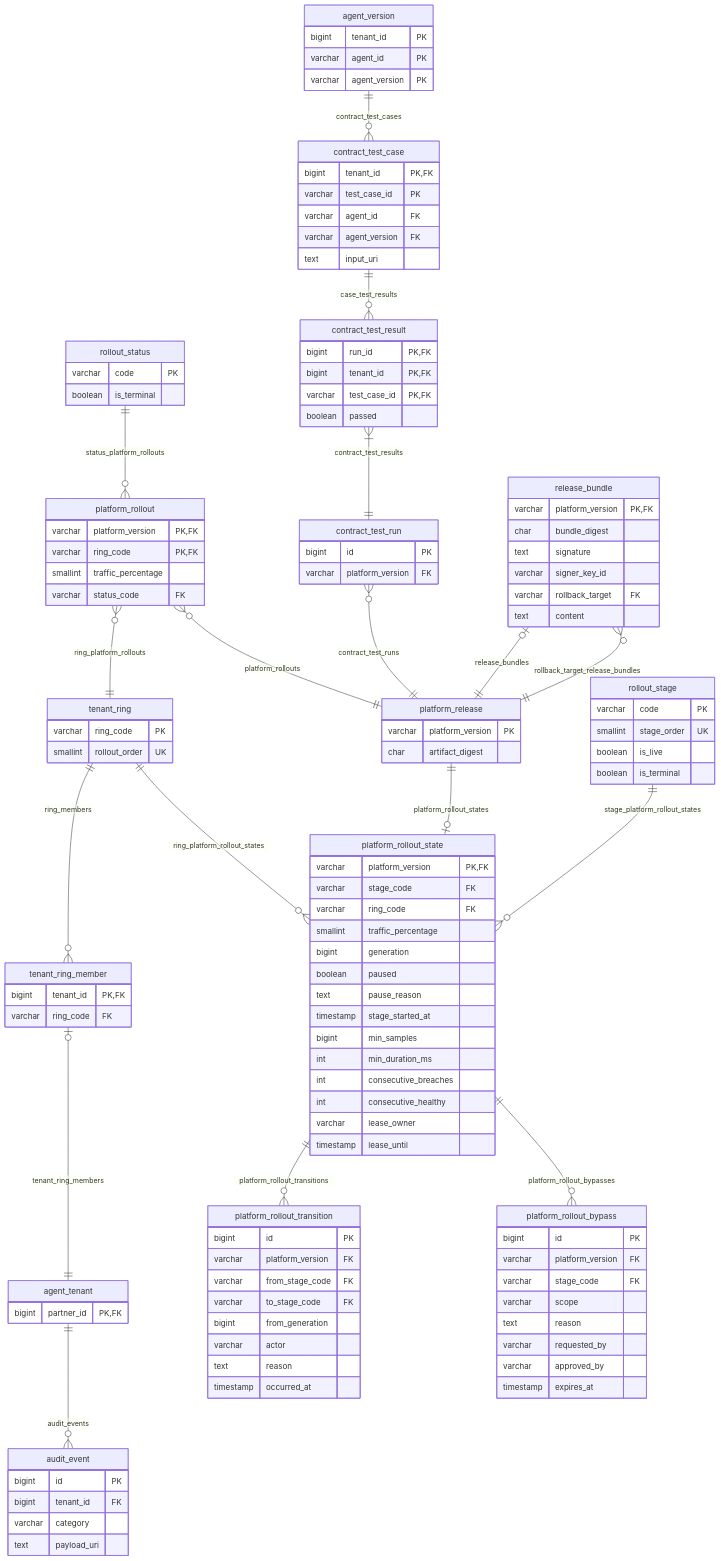
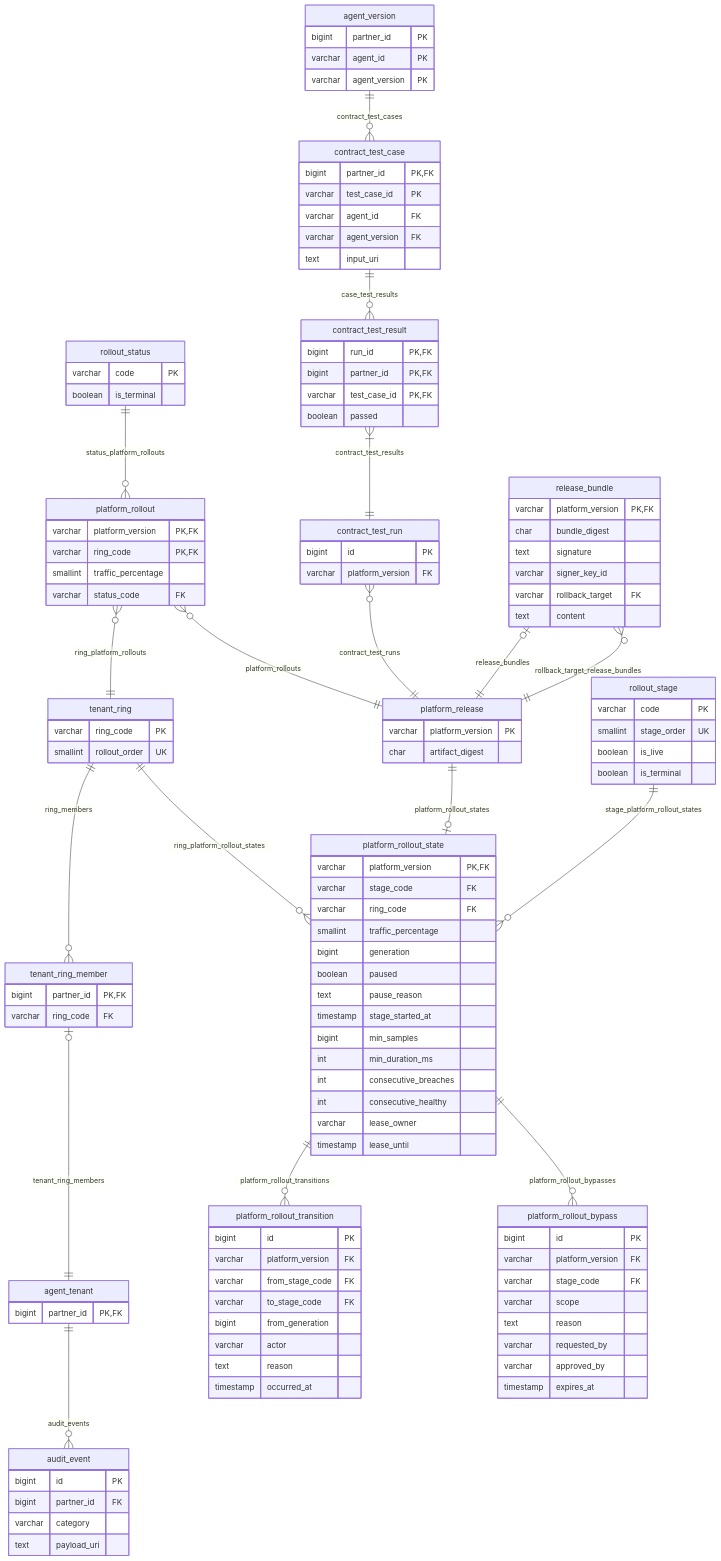
Before and after one commit to nauticana/scout: diagram 16 of 18 in doc/database.md, drawn with Mermaid. The commit also changed other lines of this file and 163 other files, not shown here.

Commit message:
Partner-scoped tenant tables, a registration catalog, tenant-aware tool listing

```diff
--- a/doc/database.md
+++ b/doc/database.md
@@ -1455,7 +1456,7 @@
         bigint partner_id PK,FK
     }
     agent_version {
-        bigint tenant_id PK
+        bigint partner_id PK
         varchar agent_id PK
         varchar agent_version PK
     }
@@ -1464,7 +1465,7 @@
         smallint rollout_order UK
     }
     tenant_ring_member {
-        bigint tenant_id PK,FK
+        bigint partner_id PK,FK
         varchar ring_code FK
     }
     platform_release {
@@ -1482,7 +1483,7 @@
         boolean is_terminal
     }
     contract_test_case {
-        bigint tenant_id PK,FK
+        bigint partner_id PK,FK
         varchar test_case_id PK
         varchar agent_id FK
         varchar agent_version FK
@@ -1494,13 +1495,13 @@
     }
     contract_test_result {
         bigint run_id PK,FK
-        bigint tenant_id PK,FK
+        bigint partner_id PK,FK
         varchar test_case_id PK,FK
         boolean passed
     }
     audit_event {
         bigint id PK
-        bigint tenant_id FK
+        bigint partner_id FK
         varchar category
         text payload_uri
     }
```
